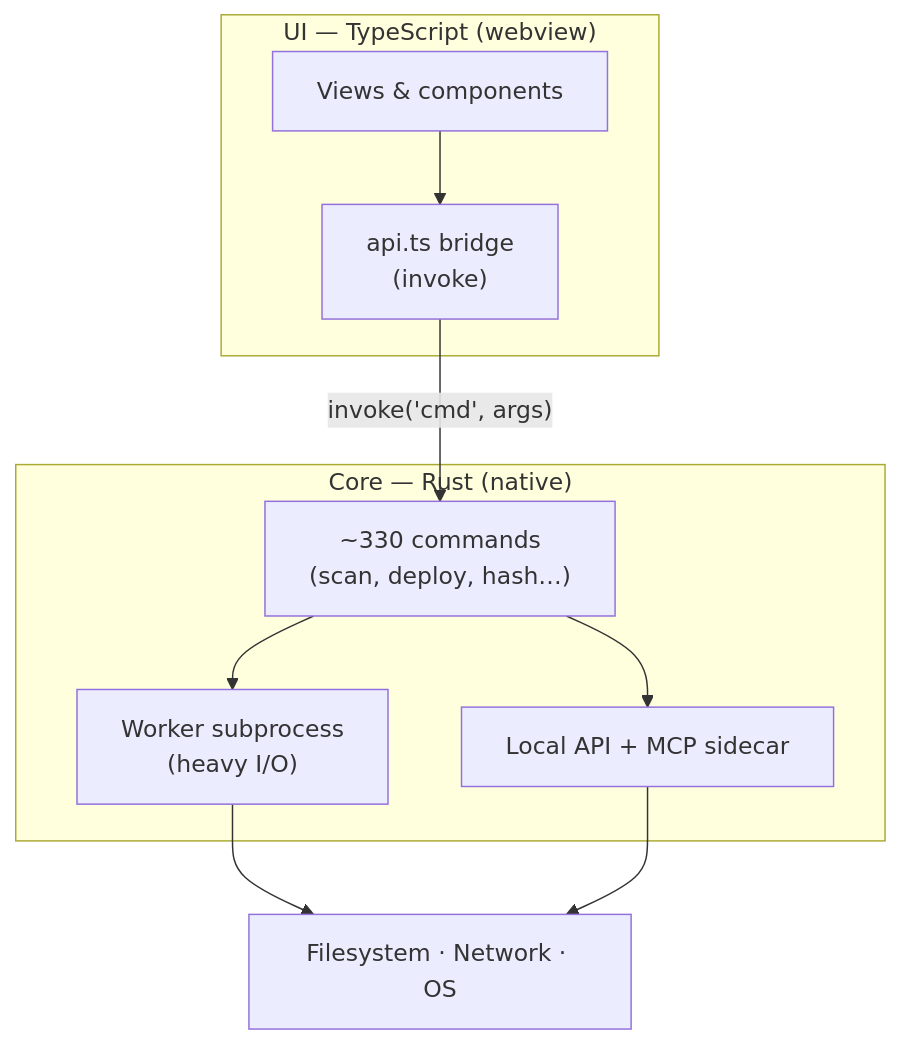
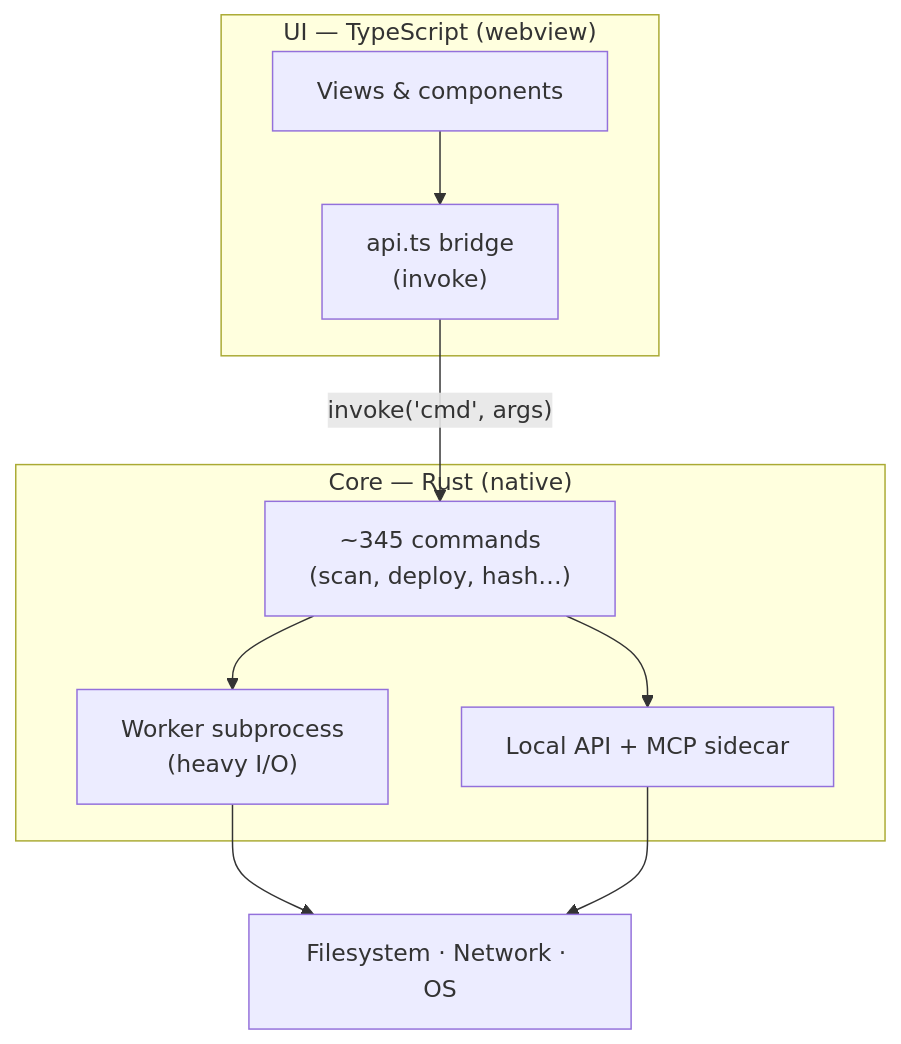
Before and after one commit to FreeProject089/BetterModsManager: the diagram in frontend/assets/docs/en/how-it-works/architecture.md, drawn with Mermaid. The commit also changed 18 other files, not shown here.

````diff
--- a/frontend/assets/docs/en/how-it-works/architecture.md
+++ b/frontend/assets/docs/en/how-it-works/architecture.md
@@ -14,19 +14,19 @@
 ```mermaid
 flowchart TB
     subgraph UI["UI — TypeScript (webview)"]
         VIEWS["Views &amp; components"]
         BRIDGE["api.ts bridge<br/>(invoke)"]
     end
     subgraph CORE["Core — Rust (native)"]
-        CMDS["~330 commands<br/>(scan, deploy, hash…)"]
+        CMDS["~345 commands<br/>(scan, deploy, hash…)"]
         WORK["Worker subprocess<br/>(heavy I/O)"]
         HTTP["Local API + MCP sidecar"]
     end
     OS["Filesystem · Network · OS"]
 
     VIEWS --> BRIDGE
     BRIDGE -- "invoke('cmd', args)" --> CMDS
     CMDS --> WORK --> OS
     CMDS --> HTTP
     HTTP --> OS
 ```
````
